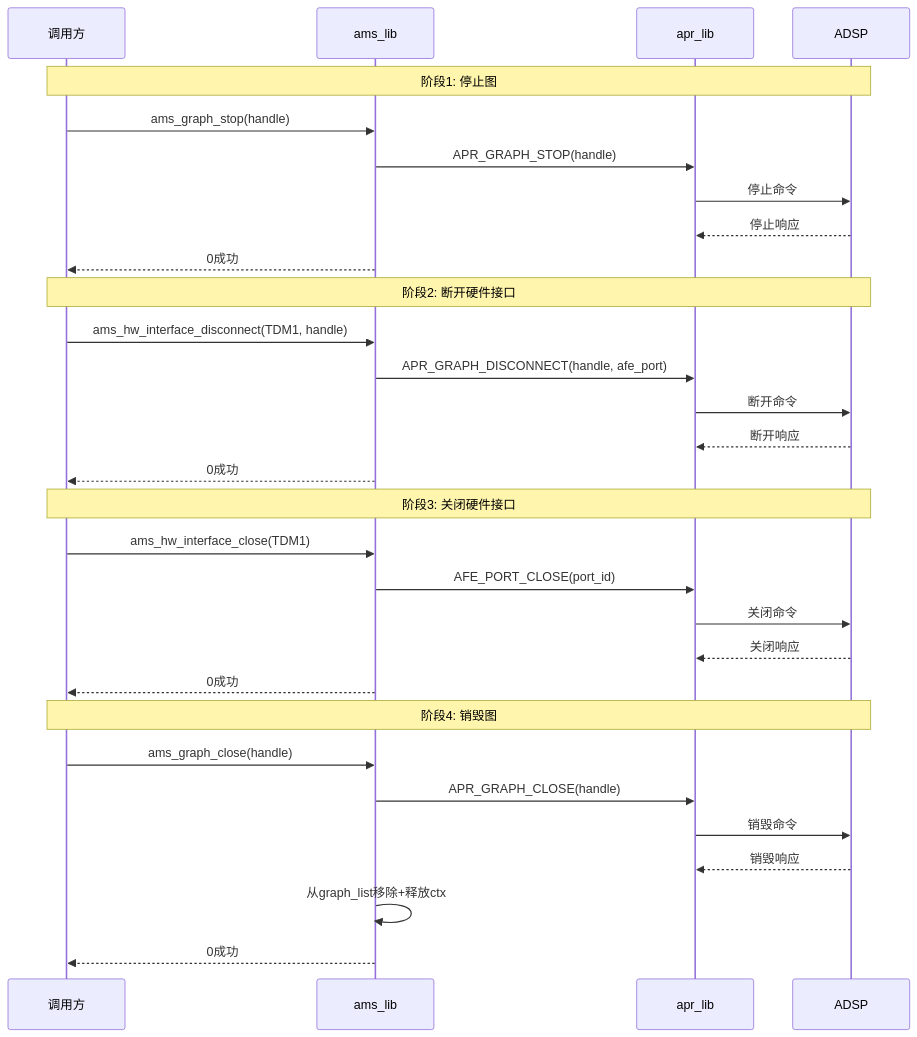
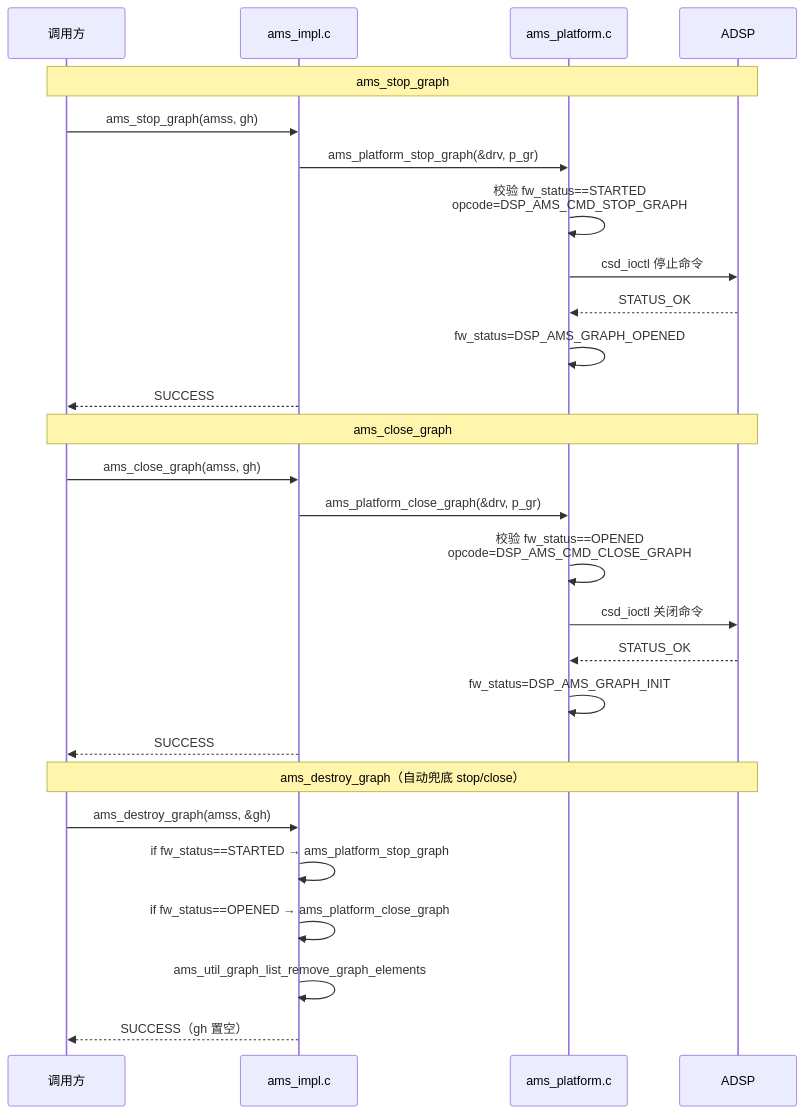
Before and after one commit to yanglinzhen1022/SA8295_AAOS_QNX_Audio_KnowledgeBase: the fourth of 10 diagrams in 16_Vendor_QNX_Architecture/16_16.18_QNX_ams_lib_音频管理服务库.md, drawn with Mermaid. The commit also changed other lines of this file and 48 other files, not shown here.

````diff
--- a/16_Vendor_QNX_Architecture/16_16.18_QNX_ams_lib_音频管理服务库.md
+++ b/16_Vendor_QNX_Architecture/16_16.18_QNX_ams_lib_音频管理服务库.md
@@ -430,36 +407,32 @@
 ```mermaid
 sequenceDiagram
     participant caller as 调用方
-    participant ams as ams_lib
-    participant apr as apr_lib
+    participant impl as ams_impl.c
+    participant plat as ams_platform.c
     participant adsp as ADSP
 
-    Note over caller,adsp: 阶段1: 停止图
-    caller->>ams: ams_graph_stop(handle)
-    ams->>apr: APR_GRAPH_STOP(handle)
-    apr->>adsp: 停止命令
-    adsp-->>apr: 停止响应
-    ams-->>caller: 0成功
+    Note over caller,adsp: ams_stop_graph
+    caller->>impl: ams_stop_graph(amss, gh)
+    impl->>plat: ams_platform_stop_graph(&drv, p_gr)
+    plat->>plat: 校验 fw_status==STARTED<br/>opcode=DSP_AMS_CMD_STOP_GRAPH
+    plat->>adsp: csd_ioctl 停止命令
+    adsp-->>plat: STATUS_OK
+    plat->>plat: fw_status=DSP_AMS_GRAPH_OPENED
+    impl-->>caller: SUCCESS
 
-    Note over caller,adsp: 阶段2: 断开硬件接口
-    caller->>ams: ams_hw_interface_disconnect(TDM1, handle)
-    ams->>apr: APR_GRAPH_DISCONNECT(handle, afe_port)
-    apr->>adsp: 断开命令
-    adsp-->>apr: 断开响应
-    ams-->>caller: 0成功
+    Note over caller,adsp: ams_close_graph
+    caller->>impl: ams_close_graph(amss, gh)
+    impl->>plat: ams_platform_close_graph(&drv, p_gr)
+    plat->>plat: 校验 fw_status==OPENED<br/>opcode=DSP_AMS_CMD_CLOSE_GRAPH
+    plat->>adsp: csd_ioctl 关闭命令
+    adsp-->>plat: STATUS_OK
+    plat->>plat: fw_status=DSP_AMS_GRAPH_INIT
+    impl-->>caller: SUCCESS
 
-    Note over caller,adsp: 阶段3: 关闭硬件接口
-    caller->>ams: ams_hw_interface_close(TDM1)
-    ams->>apr: AFE_PORT_CLOSE(port_id)
-    apr->>adsp: 关闭命令
-    adsp-->>apr: 关闭响应
-    ams-->>caller: 0成功
-
-    Note over caller,adsp: 阶段4: 销毁图
-    caller->>ams: ams_graph_close(handle)
-    ams->>apr: APR_GRAPH_CLOSE(handle)
-    apr->>adsp: 销毁命令
-    adsp-->>apr: 销毁响应
-    ams->>ams: 从graph_list移除+释放ctx
-    ams-->>caller: 0成功
+    Note over caller,adsp: ams_destroy_graph（自动兜底 stop/close）
+    caller->>impl: ams_destroy_graph(amss, &gh)
+    impl->>impl: if fw_status==STARTED → ams_platform_stop_graph
+    impl->>impl: if fw_status==OPENED → ams_platform_close_graph
+    impl->>impl: ams_util_graph_list_remove_graph_elements
+    impl-->>caller: SUCCESS（gh 置空）
 ```
````
